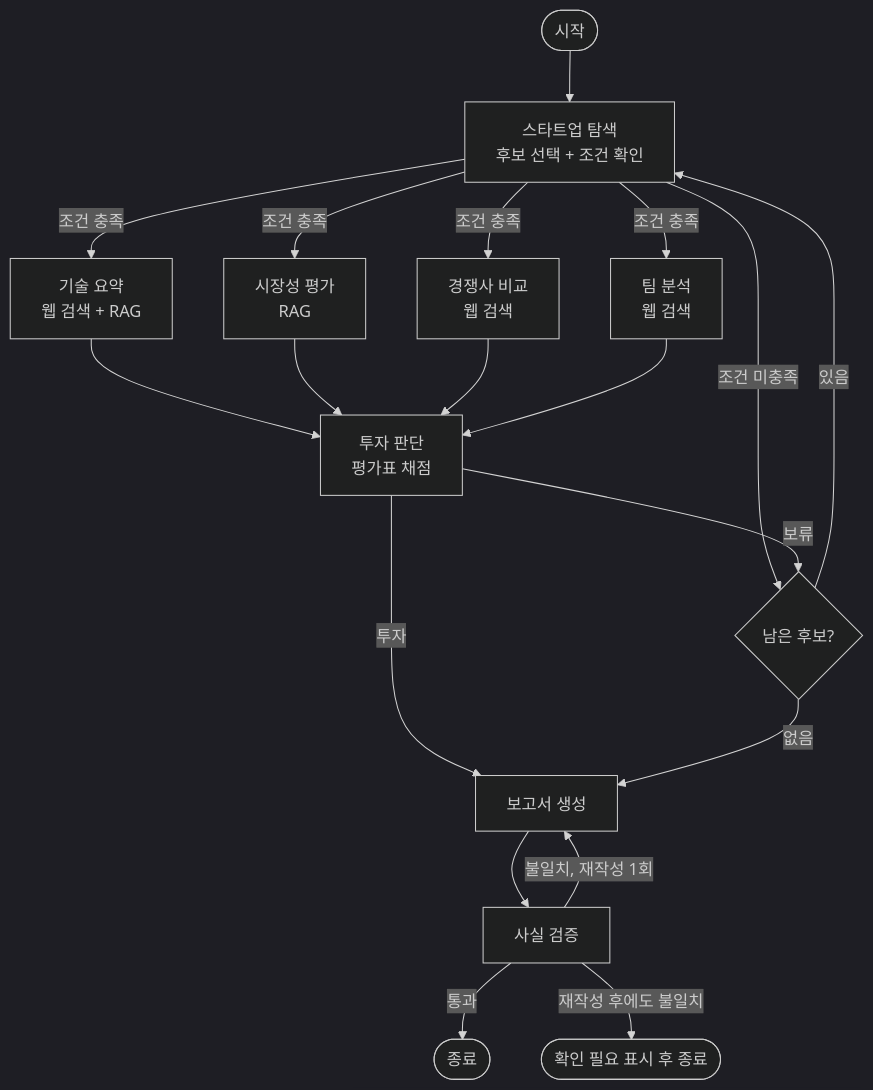
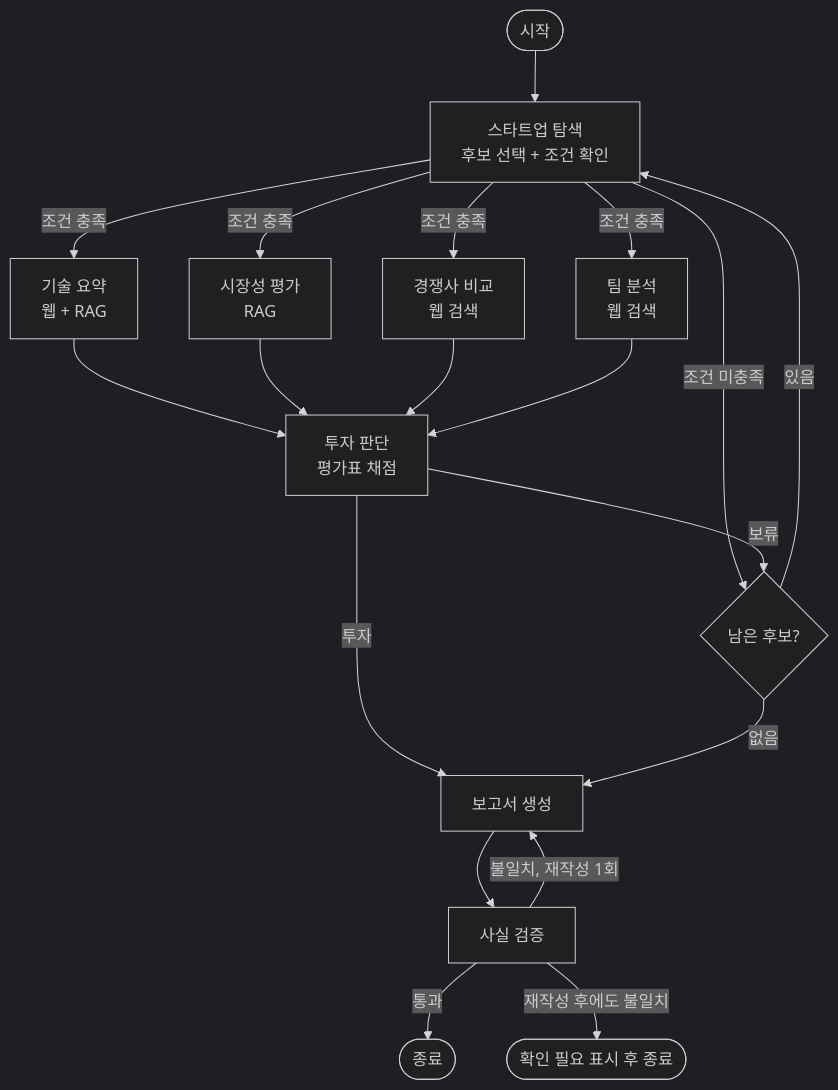
One commit to 97-99-02/ai-startup-investment-agent changed the diagram in README.md. Above: the diagram before and after it, drawn with Mermaid (dark theme). The commit also changed other lines of this file, not shown here.

````diff
--- a/README.md
+++ b/README.md
@@ -60,21 +48,21 @@
 ```mermaid
 graph TD
     START([시작]) --> A[스타트업 탐색<br/>후보 선택 + 조건 확인]
     A -->|조건 미충족| NEXT{남은 후보?}
-    A -->|조건 충족| B[기술 요약<br/>웹 검색 + RAG]
+    A -->|조건 충족| B[기술 요약<br/>웹 + RAG]
     A -->|조건 충족| C[시장성 평가<br/>RAG]
     A -->|조건 충족| D[경쟁사 비교<br/>웹 검색]
     A -->|조건 충족| E[팀 분석<br/>웹 검색]
     B --> F[투자 판단<br/>평가표 채점]
     C --> F
     D --> F
     E --> F
     F -->|투자| G[보고서 생성]
     F -->|보류| NEXT
     NEXT -->|있음| A
     NEXT -->|없음| G
     G --> H[사실 검증]
     H -->|통과| END([종료])
     H -->|불일치, 재작성 1회| G
     H -->|재작성 후에도 불일치| END2([확인 필요 표시 후 종료])
 ```
````
